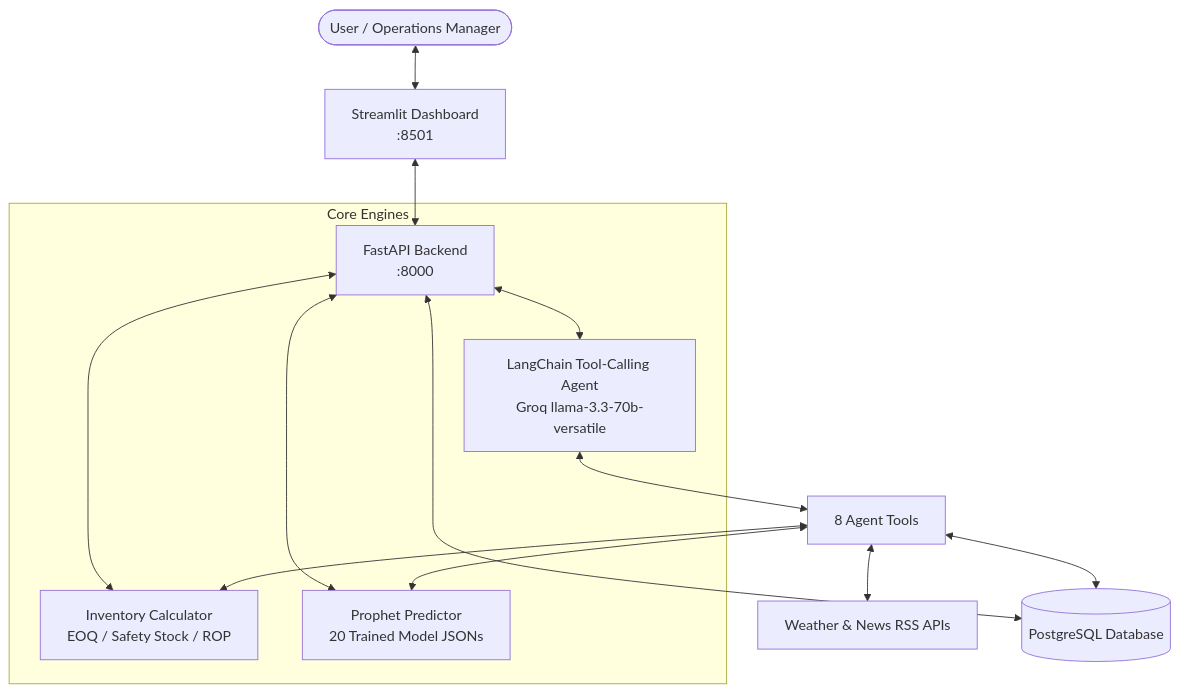
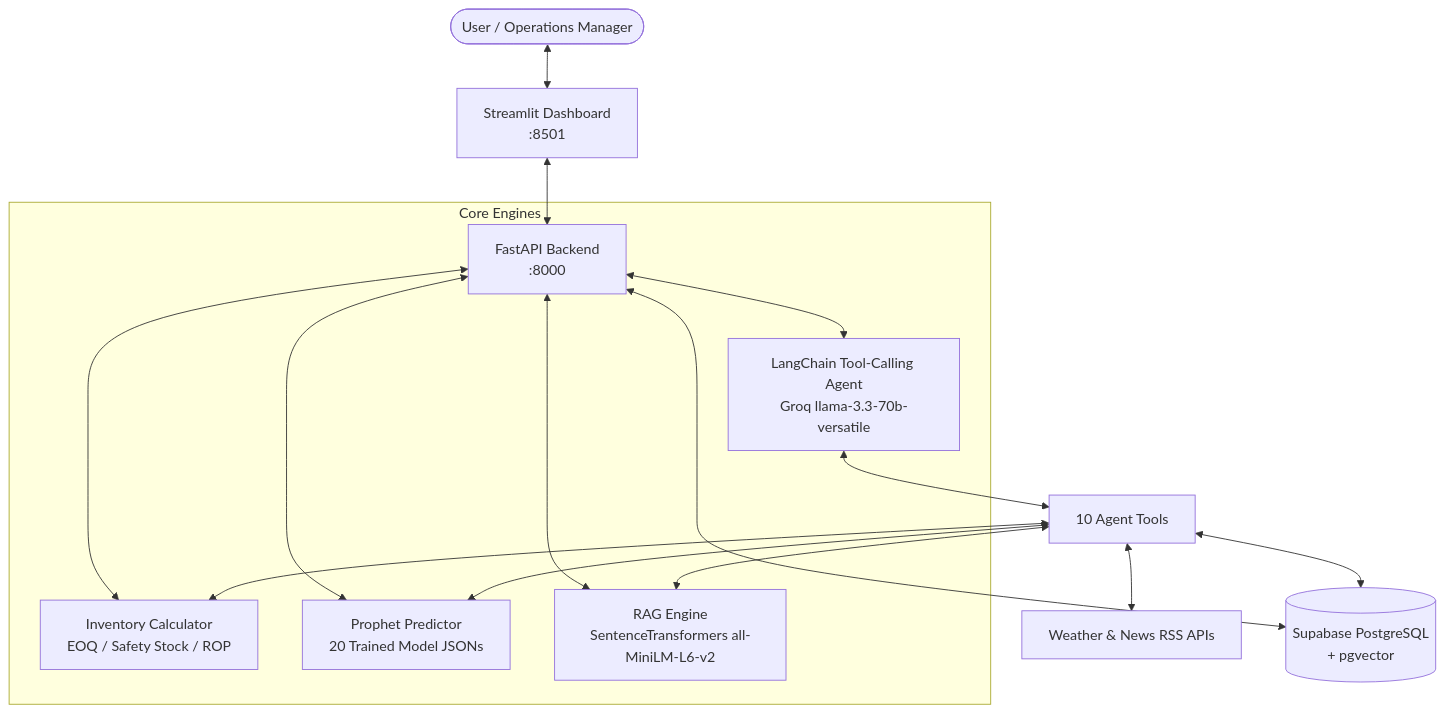
The diagram in README.md (afzalkhanofficial/supplypilot), drawn with Mermaid before and after one commit. The commit also changed other lines of this file and 24 other files, not shown here.

````diff
--- a/README.md
+++ b/README.md
@@ -27,18 +34,20 @@
 ```mermaid
 flowchart TD
     User([User / Operations Manager]) <--> Dashboard[Streamlit Dashboard\n:8501]
     Dashboard <--> API[FastAPI Backend\n:8000]
 
     subgraph Core Engines
         API <--> Agent[LangChain Tool-Calling Agent\nGroq llama-3.3-70b-versatile]
         API <--> Inv[Inventory Calculator\nEOQ / Safety Stock / ROP]
         API <--> Forecaster[Prophet Predictor\n20 Trained Model JSONs]
+        API <--> RAG[RAG Engine\nSentenceTransformers all-MiniLM-L6-v2]
     end
 
-    Agent <--> Tools[8 Agent Tools]
+    Agent <--> Tools[10 Agent Tools]
     Tools <--> Inv
     Tools <--> Forecaster
+    Tools <--> RAG
     Tools <--> External[Weather & News RSS APIs]
-    Tools <--> DB[(PostgreSQL Database)]
+    Tools <--> DB[(Supabase PostgreSQL\n+ pgvector)]
     API <--> DB
 ```
````
